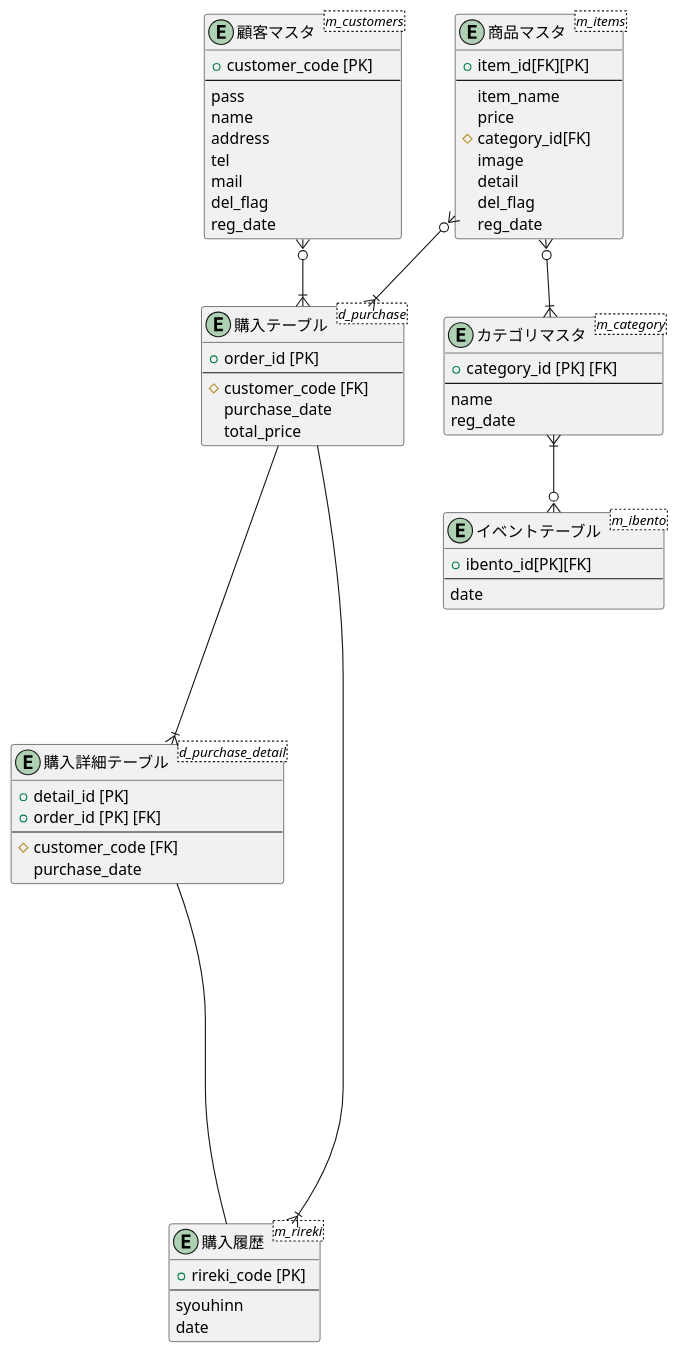
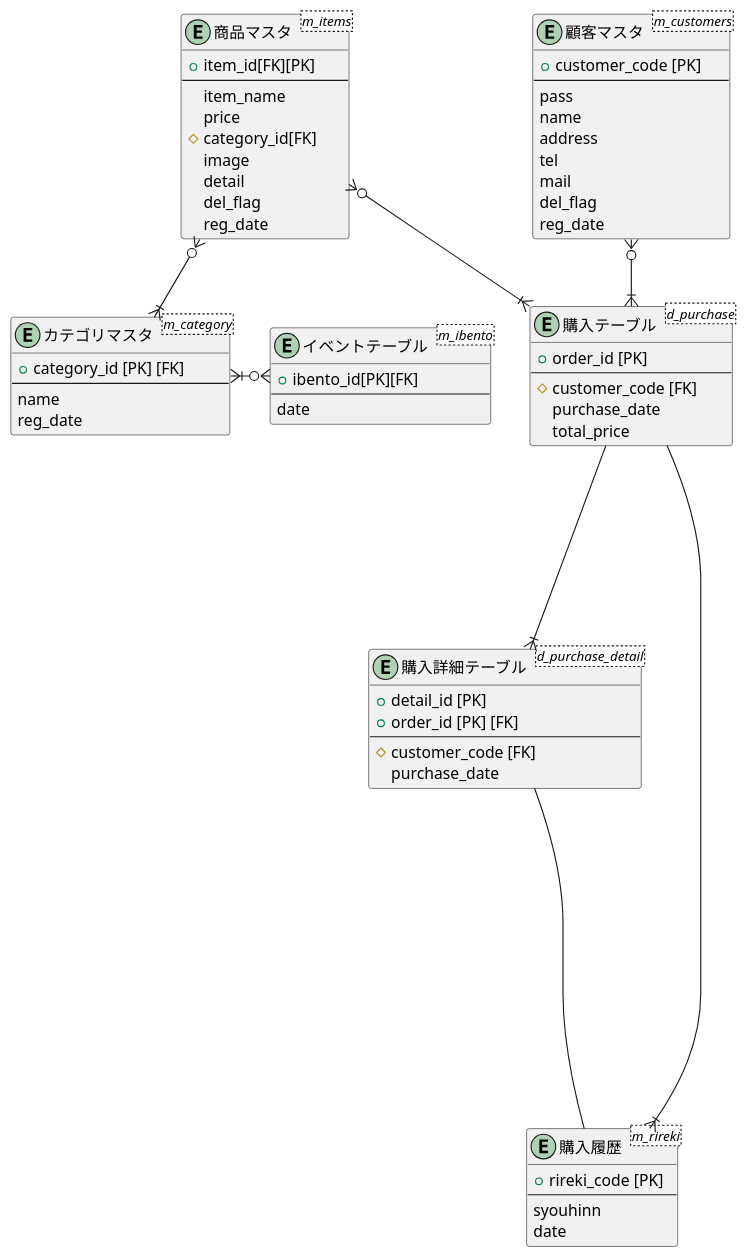
One commit to aso2001036/2021sys-design changed the diagram in db/original/ER.md. Above: the diagram before and after it, drawn with PlantUML.

````diff
--- a/db/original/ER.md
+++ b/db/original/ER.md
@@ -1,71 +1,71 @@
 ```puml
 @startuml
 entity "購入テーブル" as purchase <d_purchase> {
 + order_id [PK]
 --
 # customer_code [FK]
 purchase_date
 total_price
 }
 
 entity "購入詳細テーブル" as purcher_detail <d_purchase_detail> {
 + detail_id [PK]
 + order_id [PK] [FK]
 --
 # customer_code [FK]
 purchase_date
 }
 
 entity "顧客マスタ" as customer <m_customers> {
 + customer_code [PK]
 --
 pass
 name
 address
 tel
 mail
 del_flag
 reg_date
 }
 
 entity "購入履歴" as rireki <m_rireki> {
 + rireki_code [PK]
 --
 syouhinn
 date
 }
 
 entity "カテゴリマスタ" as category <m_category> {
 + category_id [PK] [FK]
 --
 name
 reg_date
 }
 
 entity "商品マスタ" as items <m_items> {
 + item_id[FK][PK]
 --
 item_name
 price
 # category_id[FK]
 image
 detail
 del_flag
 reg_date
 }
 
 entity "イベントテーブル" as ibento <m_ibento> {
 + ibento_id[PK][FK]
 --
 date
 }
 
 purchase ----|{ purcher_detail
 purchase ----|{ rireki
 purcher_detail ------ rireki
 customer }o--|{ purchase
 items }o--|{ purchase
 items }o--|{ category
-category }|--o{ ibento
+category }|-o{ ibento
 @enduml
 ```
````
